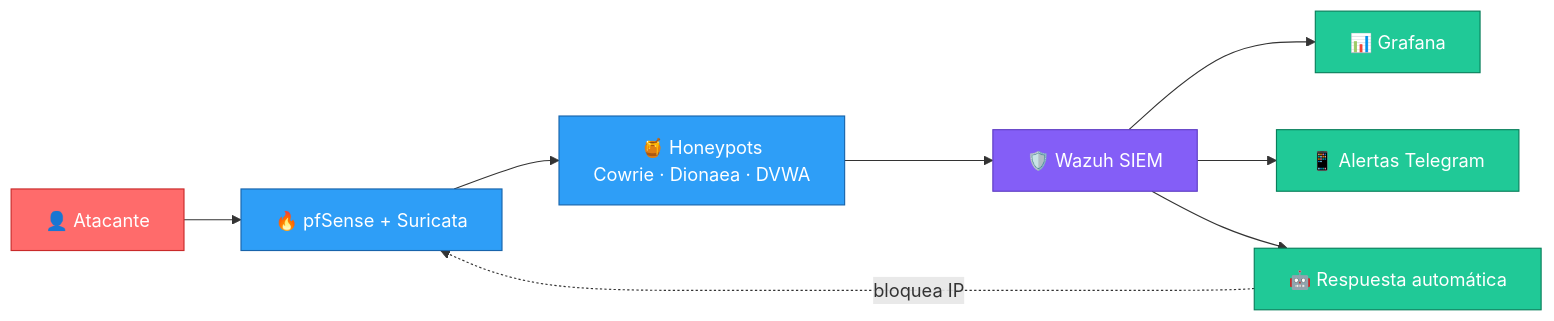
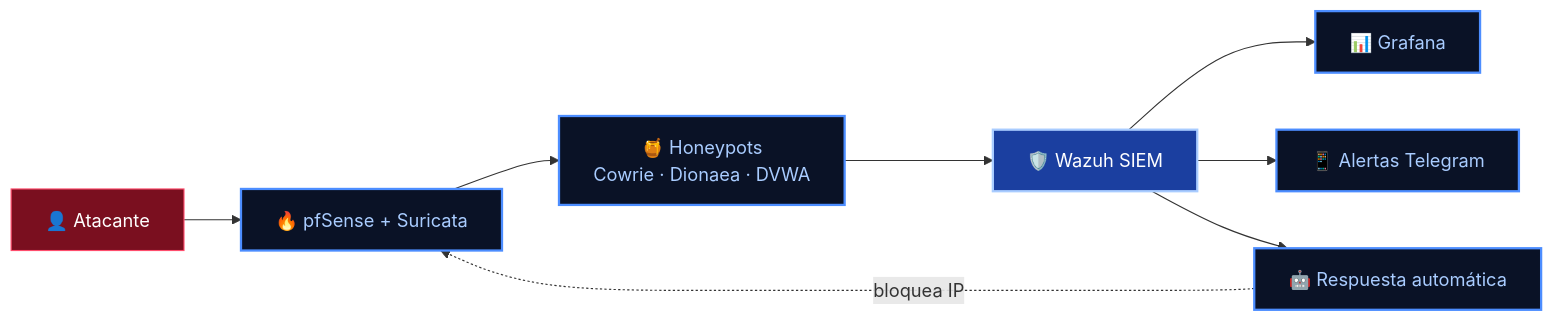
Before and after one commit to alexnaranjooo/alexnaranjooo: the diagram in README.md, drawn with Mermaid. The commit also changed other lines of this file, not shown here.

````diff
--- a/README.md
+++ b/README.md
@@ -95,19 +96,17 @@
 ```mermaid
 flowchart LR
     A["👤 Atacante"] --> B["🔥 pfSense + Suricata"]
     B --> C["🍯 Honeypots<br/>Cowrie · Dionaea · DVWA"]
     C --> D["🛡️ Wazuh SIEM"]
     D --> E["📊 Grafana"]
     D --> F["📱 Alertas Telegram"]
     D --> G["🤖 Respuesta automática"]
     G -.->|"bloquea IP"| B
 
-    classDef red fill:#ff6b6b,stroke:#c92a2a,color:#fff
-    classDef blue fill:#2e9ef7,stroke:#1864ab,color:#fff
-    classDef green fill:#20c997,stroke:#087f5b,color:#fff
-    classDef purple fill:#845ef7,stroke:#5f3dc4,color:#fff
-    class A red
-    class B,C blue
-    class D purple
-    class E,F,G green
+    classDef threat fill:#7a0f1f,stroke:#ff4d6d,color:#fff
+    classDef neon fill:#0A1226,stroke:#4C8DFF,stroke-width:2px,color:#A9CCFF
+    classDef core fill:#1B3FA0,stroke:#A9CCFF,stroke-width:2px,color:#fff
+    class A threat
+    class B,C,E,F,G neon
+    class D core
 ```
````
